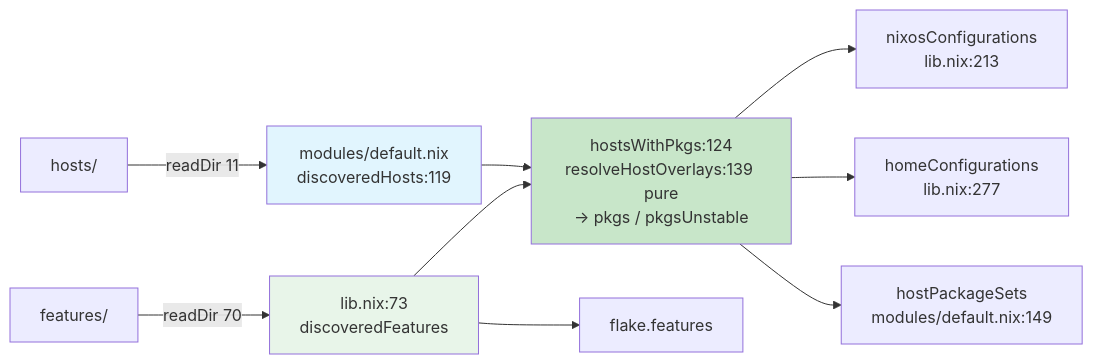
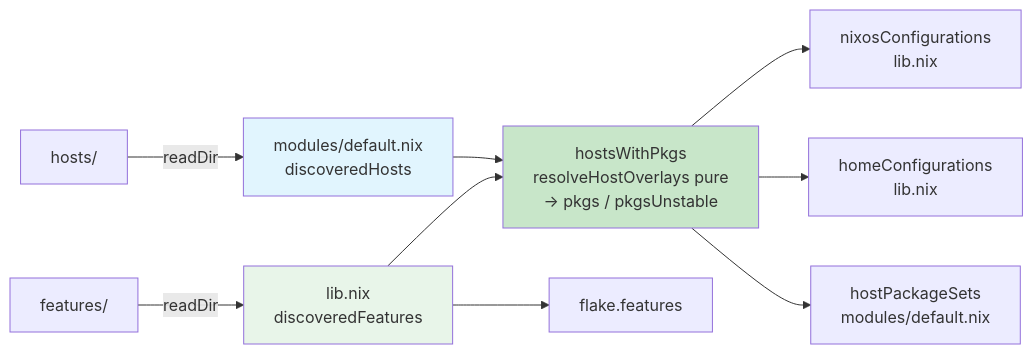
The seventh of 7 diagrams in DESIGN.md (WombatFromHell/automatic-palm-tree), drawn with Mermaid before and after one commit. The commit also changed other lines of this file and 29 other files, not shown here.

````diff
--- a/DESIGN.md
+++ b/DESIGN.md
@@ -199,15 +201,15 @@
 ```mermaid
 graph LR
-    hosts["hosts/"] -- readDir 11 --> disc["modules/default.nix\ndiscoveredHosts:119"]
-    features["features/"] -- readDir 70 --> featMap["lib.nix:73\ndiscoveredFeatures"]
-    disc --> hostsWithPkgs["hostsWithPkgs:124\nresolveHostOverlays:139 pure\n→ pkgs / pkgsUnstable"]
+    hosts["hosts/"] -- readDir --> disc["modules/default.nix\ndiscoveredHosts"]
+    features["features/"] -- readDir --> featMap["lib.nix\ndiscoveredFeatures"]
+    disc --> hostsWithPkgs["hostsWithPkgs\nresolveHostOverlays pure\n→ pkgs / pkgsUnstable"]
     featMap --> hostsWithPkgs
-    hostsWithPkgs --> nixosOut["nixosConfigurations\nlib.nix:213"]
-    hostsWithPkgs --> hmOut["homeConfigurations\nlib.nix:277"]
-    hostsWithPkgs --> pkgSets["hostPackageSets\nmodules/default.nix:149"]
+    hostsWithPkgs --> nixosOut["nixosConfigurations\nlib.nix"]
+    hostsWithPkgs --> hmOut["homeConfigurations\nlib.nix"]
+    hostsWithPkgs --> pkgSets["hostPackageSets\nmodules/default.nix"]
     featMap --> flakeFeat["flake.features"]
 
     style disc fill:#e1f5fe
     style featMap fill:#e8f5e9
     style hostsWithPkgs fill:#c8e6c9
 ```
````
